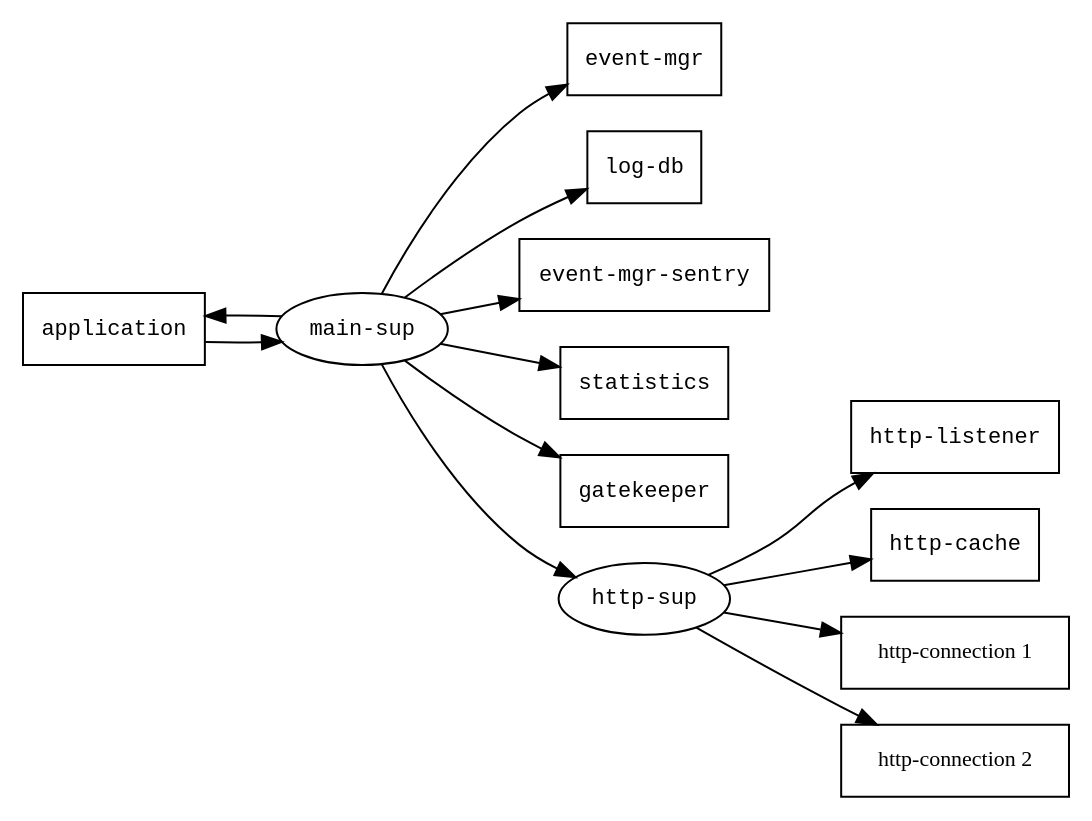
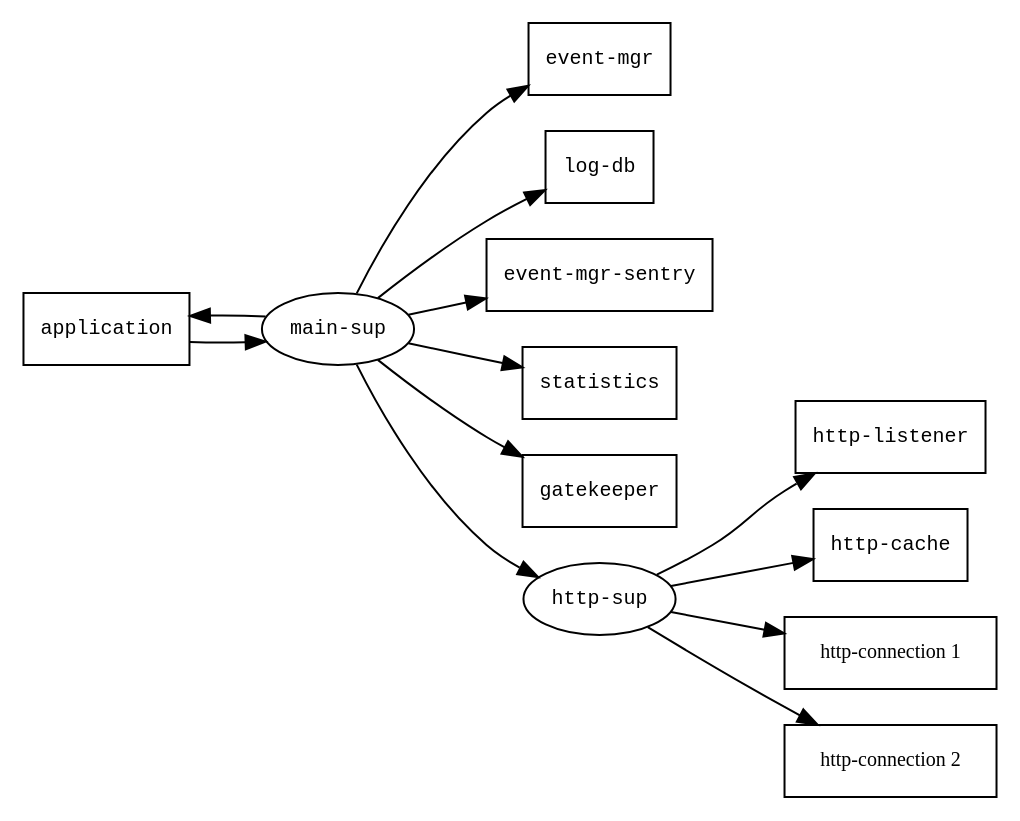
Before and after one commit to becls/swish: the diagram in doc/swish/intro-sup-tree.dot, drawn with Graphviz. The commit also changed 1 other file, not shown here.

```diff
--- a/doc/swish/intro-sup-tree.dot
+++ b/doc/swish/intro-sup-tree.dot
@@ -1,28 +1,28 @@
 digraph G {
   graph [margin=0,rankdir=LR];
-  node [shape=box,fontname="Courier",fontsize=11];
+  node [shape=box,fontname="Courier",fontsize=10];
   application [label="application"];
   mainsup [label="main-sup",shape=ellipse];
   eventmgr [label="event-mgr"];
   logdb [label="log-db"];
   eventmgrsentry [label="event-mgr-sentry"];
   statistics [label="statistics"];
   gatekeeper [label="gatekeeper"];
   httpsup [label="http-sup",shape=ellipse];
   httpd [label="http-listener"];
   httpcache [label="http-cache"];
   hc1 [label="http-connection 1",fontname="Times-Roman"];
   hc2 [label="http-connection 2",fontname="Times-Roman"];
   application -> mainsup;
   mainsup -> application;
   mainsup -> eventmgr;
   mainsup -> logdb;
   mainsup -> eventmgrsentry;
   mainsup -> statistics;
   mainsup -> gatekeeper;
   mainsup -> httpsup;
   httpsup -> httpd;
   httpsup -> httpcache;
   httpsup -> hc1;
   httpsup -> hc2;
 }
```
